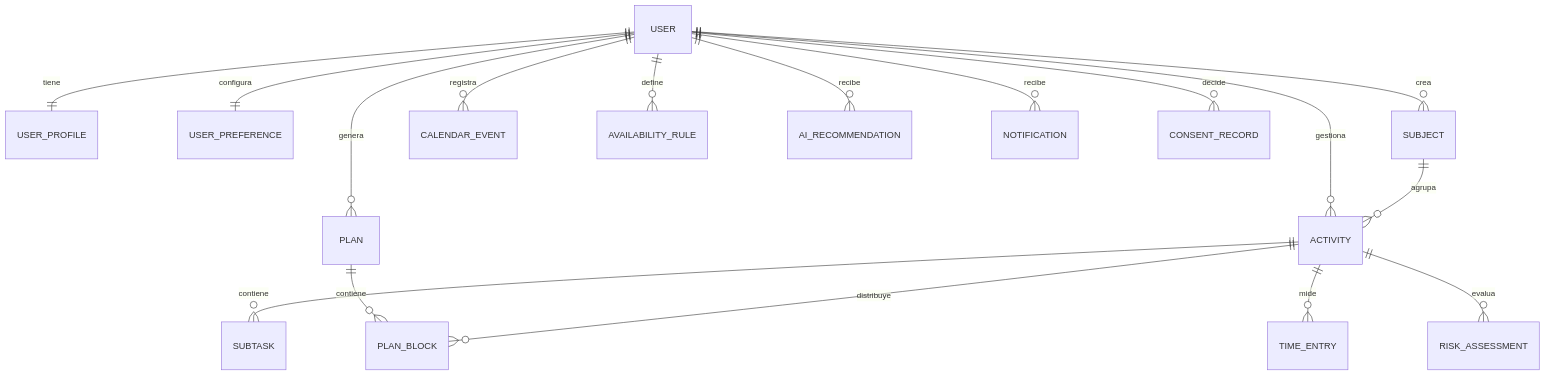
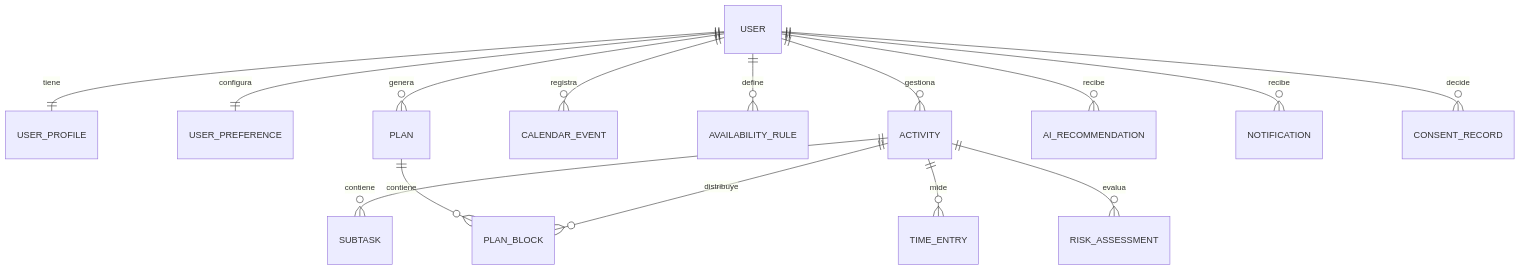
One commit to Giossue/notesIA changed the diagram in APP_CONTEXT.md. Above: the diagram before and after it, drawn with Mermaid. The commit also changed other lines of this file and 127 other files, not shown here.

````diff
--- a/APP_CONTEXT.md
+++ b/APP_CONTEXT.md
@@ -163,19 +162,17 @@
 ```mermaid
 erDiagram
     USER ||--|| USER_PROFILE : tiene
     USER ||--|| USER_PREFERENCE : configura
-    USER ||--o{ SUBJECT : crea
     USER ||--o{ ACTIVITY : gestiona
-    SUBJECT ||--o{ ACTIVITY : agrupa
     ACTIVITY ||--o{ SUBTASK : contiene
     USER ||--o{ CALENDAR_EVENT : registra
     USER ||--o{ AVAILABILITY_RULE : define
     USER ||--o{ PLAN : genera
     PLAN ||--o{ PLAN_BLOCK : contiene
     ACTIVITY ||--o{ PLAN_BLOCK : distribuye
     ACTIVITY ||--o{ TIME_ENTRY : mide
     ACTIVITY ||--o{ RISK_ASSESSMENT : evalua
     USER ||--o{ AI_RECOMMENDATION : recibe
     USER ||--o{ NOTIFICATION : recibe
     USER ||--o{ CONSENT_RECORD : decide
 ```
````
